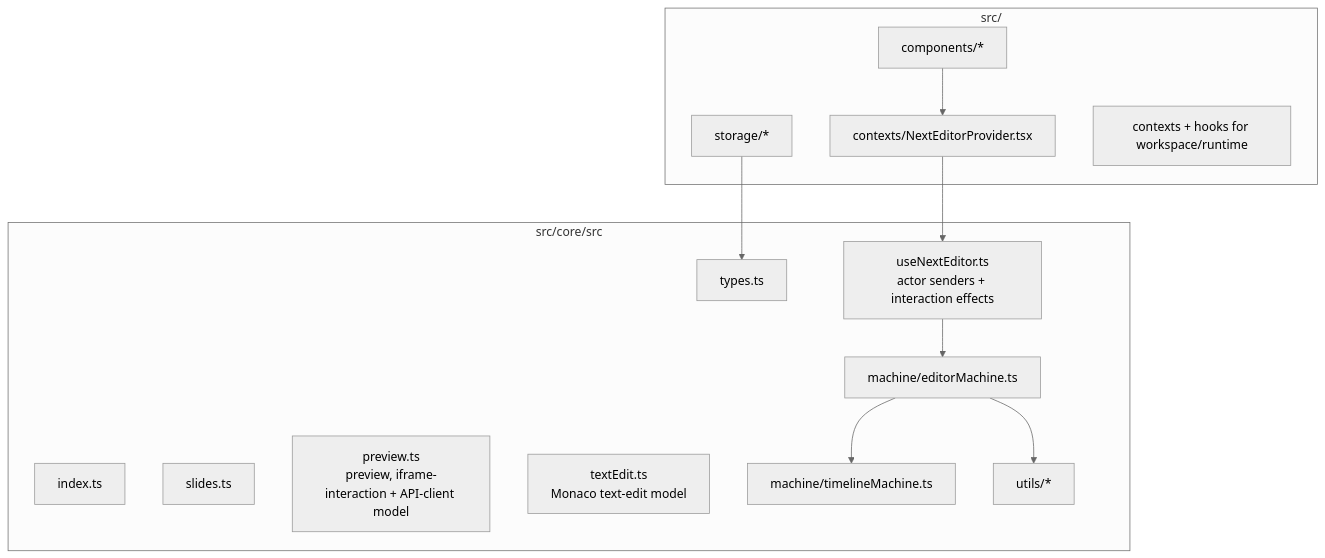
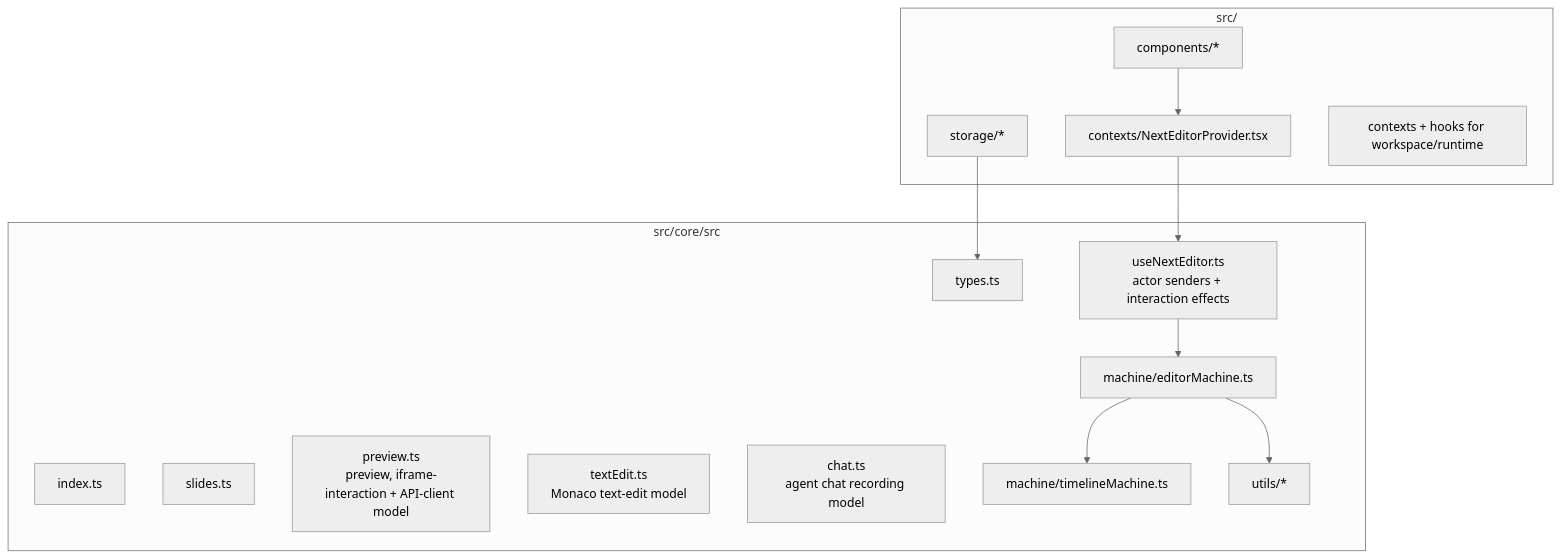
The first of 3 diagrams in docs/core.md (channyeintun/next-editor), drawn with Mermaid (neutral theme) before and after one commit. The commit also changed 17 other files, not shown here.

First line of the commit message:
refactor(core): define the chat recording model in core

````diff
--- a/docs/core.md
+++ b/docs/core.md
@@ -7,28 +7,29 @@
 ```mermaid
 flowchart TB
   subgraph Core["src/core/src"]
     Index[index.ts]
     Types[types.ts]
     Slides[slides.ts]
     Preview[preview.ts<br/>preview, iframe-interaction + API-client model]
     TextEdit[textEdit.ts<br/>Monaco text-edit model]
+    Chat[chat.ts<br/>agent chat recording model]
     Hook[useNextEditor.ts<br/>actor senders + interaction effects]
     Machine[machine/editorMachine.ts]
     Timeline[machine/timelineMachine.ts]
     Utils[utils/*]
   end
 
   subgraph App["src/"]
     Provider[contexts/NextEditorProvider.tsx]
     Components[components/*]
     Storage[storage/*]
     Runtime[contexts + hooks for workspace/runtime]
   end
 
   Components --> Provider
   Provider --> Hook
   Hook --> Machine
   Machine --> Timeline
   Machine --> Utils
   Storage --> Types
 ```
````
